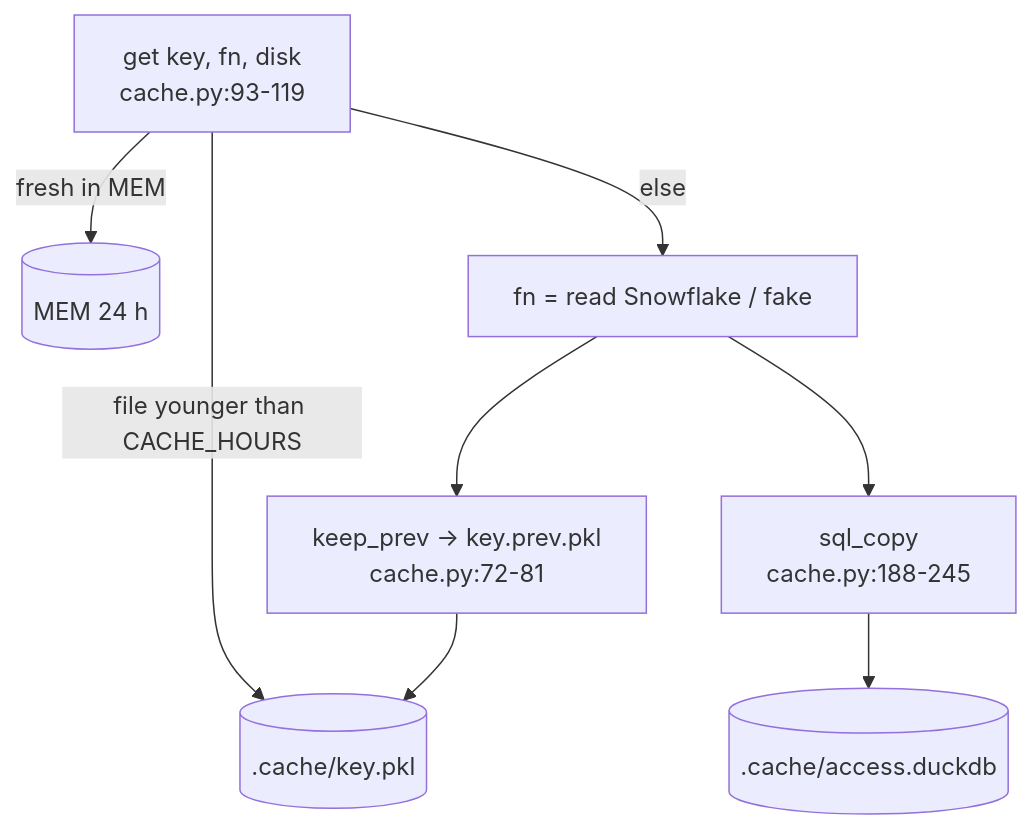
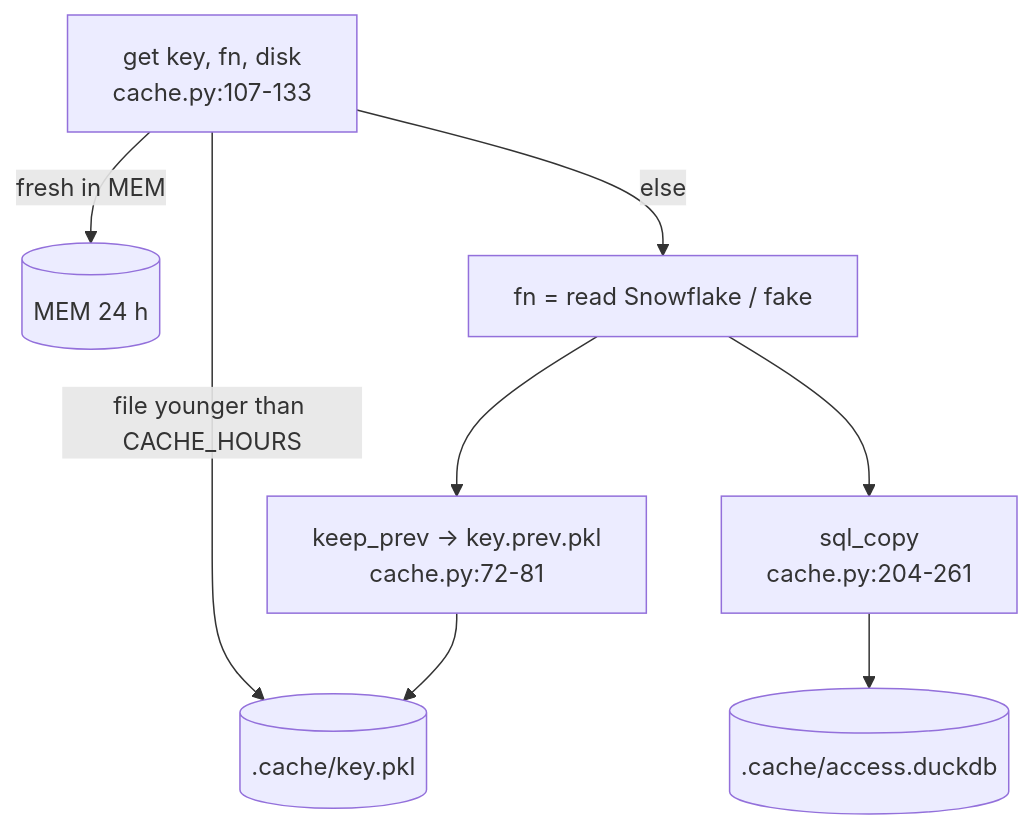
The diagram in snowflake-access-explorer-knowledge-graph/modules/cache.md (darshanmeel/snowflake-access-explorer), drawn with Mermaid before and after one commit. The commit also changed other lines of this file and 106 other files, not shown here.

First line of the commit message:
Docs and knowledge graph for Activity; setup verify expects 11 tables

````diff
--- a/snowflake-access-explorer-knowledge-graph/modules/cache.md
+++ b/snowflake-access-explorer-knowledge-graph/modules/cache.md
@@ -5,10 +6,10 @@
 ```mermaid
 flowchart TD
-  G[get key, fn, disk<br/>cache.py:93-119] -->|fresh in MEM| M[(MEM 24 h)]
+  G[get key, fn, disk<br/>cache.py:107-133] -->|fresh in MEM| M[(MEM 24 h)]
   G -->|file younger than CACHE_HOURS| P[(.cache/key.pkl)]
   G -->|else| FN[fn = read Snowflake / fake]
-  FN --> SQ[sql_copy<br/>cache.py:188-245]
+  FN --> SQ[sql_copy<br/>cache.py:204-261]
   FN --> KP[keep_prev -> key.prev.pkl<br/>cache.py:72-81]
   KP --> P
   SQ --> D[(.cache/access.duckdb)]
 ```
````
